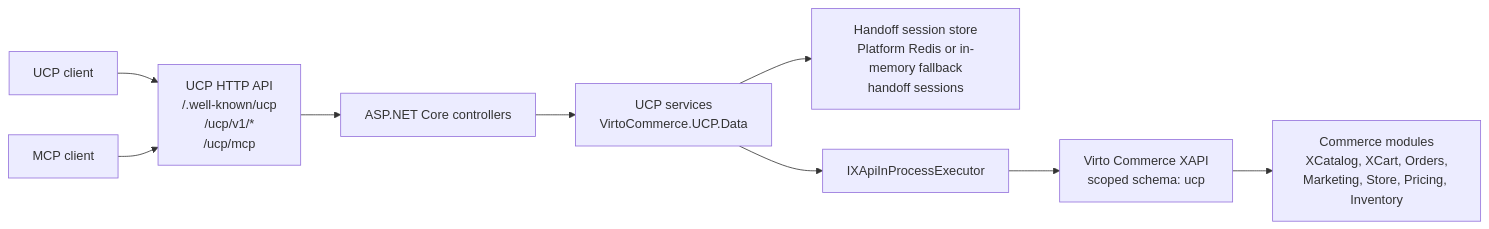
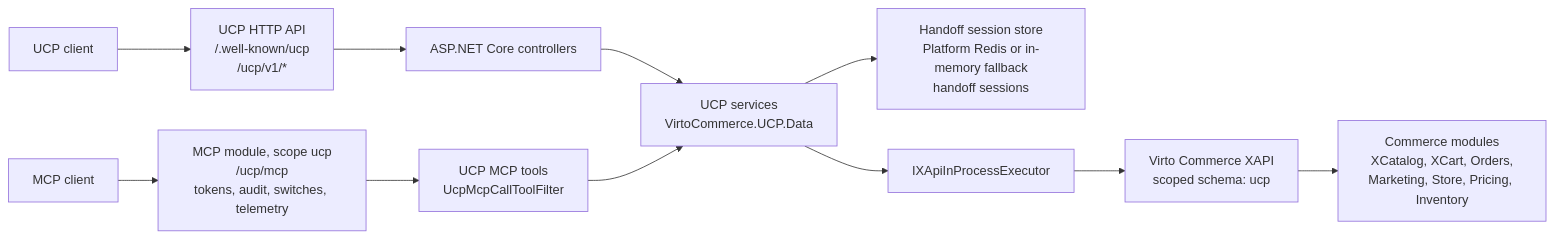
One commit to VirtoCommerce/vc-module-ucp changed the second of 2 diagrams in README.md. Above: the diagram before and after it, drawn with Mermaid. The commit also changed other lines of this file and 10 other files, not shown here.

First line of the commit message:
VCST-6155: Use the published MCP module and own the ucp scope name

````diff
--- a/README.md
+++ b/README.md
@@ -399,21 +399,25 @@
 ```mermaid
 flowchart LR
     Client["UCP client"]
     McpClient["MCP client"]
-    UcpHttp["UCP HTTP API<br/>/.well-known/ucp<br/>/ucp/v1/*<br/>/ucp/mcp"]
+    UcpHttp["UCP HTTP API<br/>/.well-known/ucp<br/>/ucp/v1/*"]
+    Mcp["MCP module, scope ucp<br/>/ucp/mcp<br/>tokens, audit, switches, telemetry"]
     Controllers["ASP.NET Core controllers"]
+    Tools["UCP MCP tools<br/>UcpMcpCallToolFilter"]
     Services["UCP services<br/>VirtoCommerce.UCP.Data"]
     Cache["Handoff session store<br/>Platform Redis or in-memory fallback<br/>handoff sessions"]
     Executor["IXApiInProcessExecutor"]
     XApi["Virto Commerce XAPI<br/>scoped schema: ucp"]
     Modules["Commerce modules<br/>XCatalog, XCart, Orders,<br/>Marketing, Store, Pricing, Inventory"]
 
     Client --> UcpHttp
-    McpClient --> UcpHttp
+    McpClient --> Mcp
     UcpHttp --> Controllers
+    Mcp --> Tools
     Controllers --> Services
+    Tools --> Services
     Services --> Cache
     Services --> Executor
     Executor --> XApi
     XApi --> Modules
 ```
````
